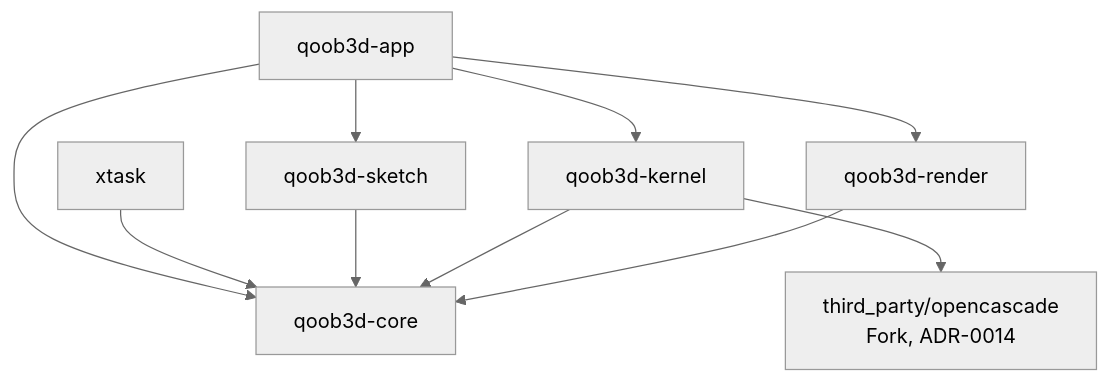
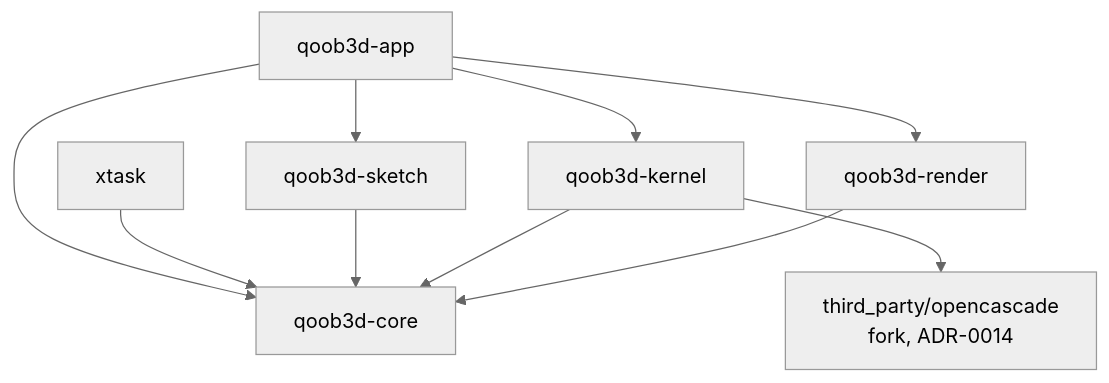
One commit to COQOON-labs/qoob3d changed the second of 2 diagrams in docs/architecture.md. Above: the diagram before and after it, drawn with Mermaid (neutral theme). The commit also changed other lines of this file and 95 other files, not shown here.

````diff
--- a/docs/architecture.md
+++ b/docs/architecture.md
@@ -70,12 +70,12 @@
 ```mermaid
 flowchart TD
     app[qoob3d-app] --> core[qoob3d-core]
     app --> sketch[qoob3d-sketch]
     xtask[xtask] --> core
     sketch --> core
     app --> kernel[qoob3d-kernel]
     app --> render[qoob3d-render]
     kernel --> core
     render --> core
-    kernel --> occ[third_party/opencascade<br/>Fork, ADR-0014]
+    kernel --> occ[third_party/opencascade<br/>fork, ADR-0014]
 ```
````
